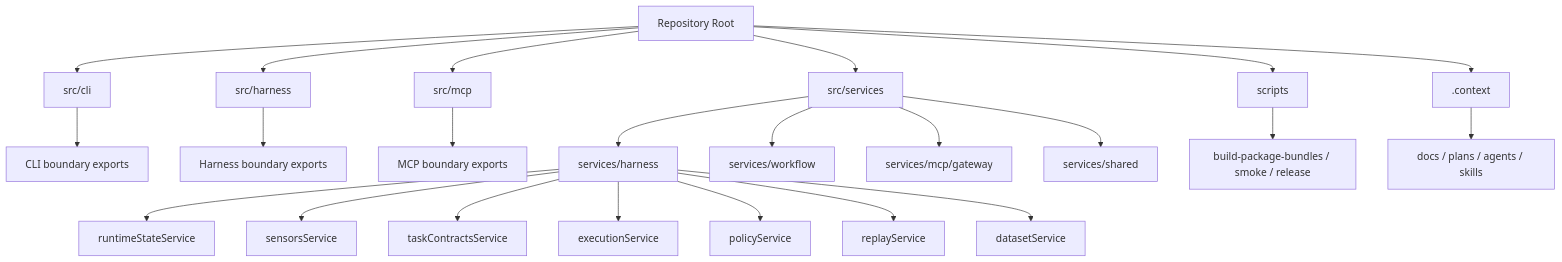
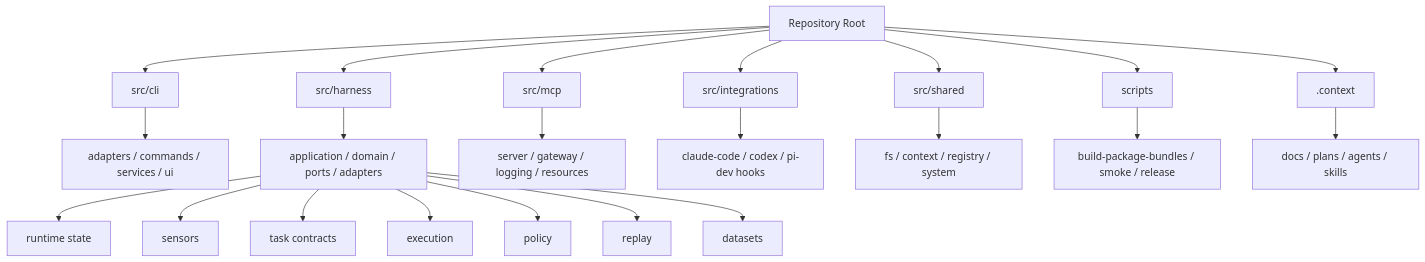
One commit to vinilana/dotcontext changed the third of 4 diagrams in ARCHITECTURE.md. Above: the diagram before and after it, drawn with Mermaid. The commit also changed other lines of this file and 3 other files, not shown here.

Commit message:
docs(architecture): define service-free source layout

````diff
--- a/ARCHITECTURE.md
+++ b/ARCHITECTURE.md
@@ -142,31 +168,29 @@
 ```mermaid
 flowchart TD
     Root["Repository Root"]
 
     Root --> CLI["src/cli"]
     Root --> Harness["src/harness"]
     Root --> MCP["src/mcp"]
-    Root --> Services["src/services"]
+    Root --> Integrations["src/integrations"]
+    Root --> Shared["src/shared"]
     Root --> Scripts["scripts"]
     Root --> Context[".context"]
 
-    CLI --> CLIBoundary["CLI boundary exports"]
-    Harness --> HarnessBoundary["Harness boundary exports"]
-    MCP --> MCPBoundary["MCP boundary exports"]
+    CLI --> CLIAdapters["adapters / commands / services / ui"]
+    Harness --> HarnessBoundary["application / domain / ports / adapters"]
+    MCP --> MCPBoundary["server / gateway / logging / resources"]
+    Integrations --> HostAdapters["claude-code / codex / pi-dev hooks"]
+    Shared --> SharedCore["fs / context / registry / system"]
 
-    Services --> HarnessServices["services/harness"]
-    Services --> WorkflowServices["services/workflow"]
-    Services --> MCPGateway["services/mcp/gateway"]
-    Services --> Shared["services/shared"]
-
-    HarnessServices --> Runtime["runtimeStateService"]
-    HarnessServices --> Sensors["sensorsService"]
-    HarnessServices --> Contracts["taskContractsService"]
-    HarnessServices --> Execution["executionService"]
-    HarnessServices --> Policy["policyService"]
-    HarnessServices --> Replay["replayService"]
-    HarnessServices --> Dataset["datasetService"]
+    HarnessBoundary --> Runtime["runtime state"]
+    HarnessBoundary --> Sensors["sensors"]
+    HarnessBoundary --> Contracts["task contracts"]
+    HarnessBoundary --> Execution["execution"]
+    HarnessBoundary --> Policy["policy"]
+    HarnessBoundary --> Replay["replay"]
+    HarnessBoundary --> Dataset["datasets"]
 
     Scripts --> Packaging["build-package-bundles / smoke / release"]
     Context --> Docs["docs / plans / agents / skills"]
 ```
````
